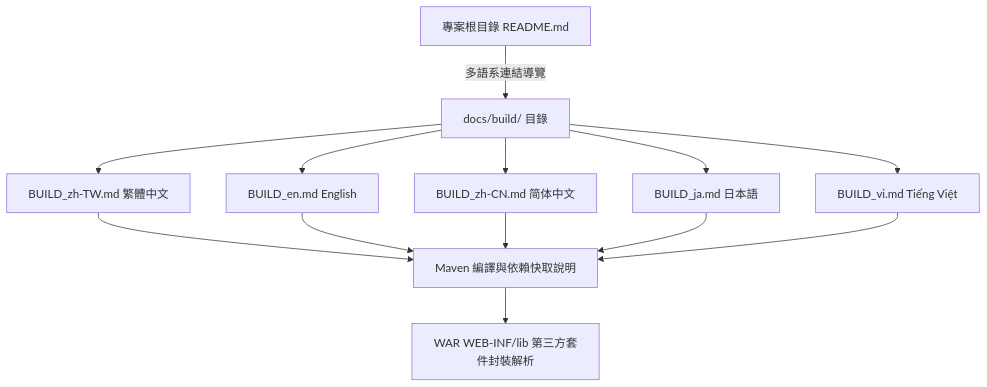
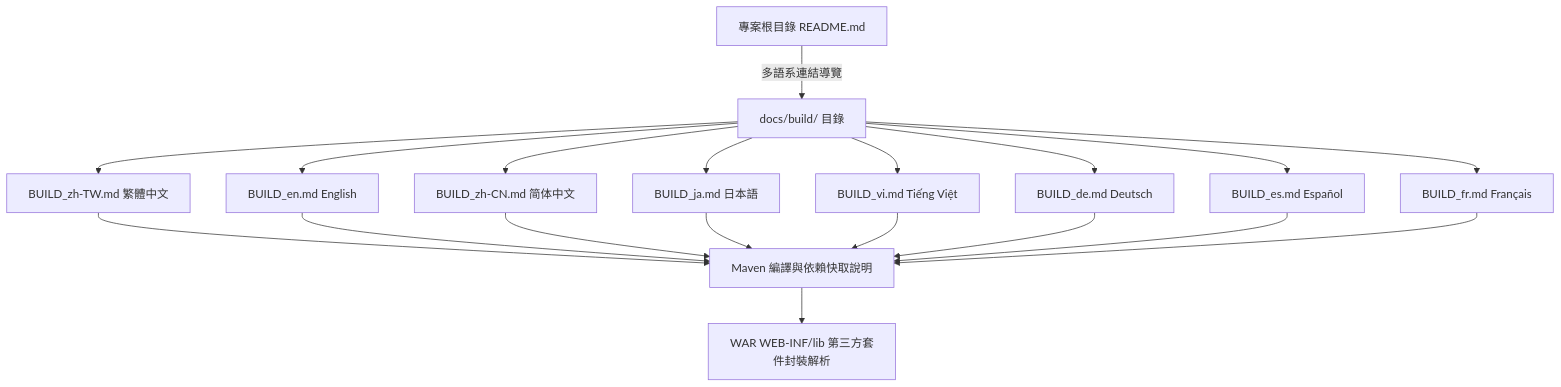
One commit to WilliamFromTW/jtrac changed the second of 6 diagrams in openspec/specs/README.md. Above: the diagram before and after it, drawn with Mermaid. The commit also changed 57 other files, not shown here.

````diff
--- a/openspec/specs/README.md
+++ b/openspec/specs/README.md
@@ -37,15 +37,21 @@
 ```mermaid
 flowchart TD
     A[專案根目錄 README.md] -->|多語系連結導覽| B[docs/build/ 目錄]
     B --> C[BUILD_zh-TW.md 繁體中文]
     B --> D[BUILD_en.md English]
     B --> E[BUILD_zh-CN.md 简体中文]
     B --> F[BUILD_ja.md 日本語]
     B --> G[BUILD_vi.md Tiếng Việt]
+    B --> J[BUILD_de.md Deutsch]
+    B --> K[BUILD_es.md Español]
+    B --> L[BUILD_fr.md Français]
     C --> H[Maven 編譯與依賴快取說明]
     D --> H
     E --> H
     F --> H
     G --> H
+    J --> H
+    K --> H
+    L --> H
     H --> I[WAR WEB-INF/lib 第三方套件封裝解析]
 ```
````
